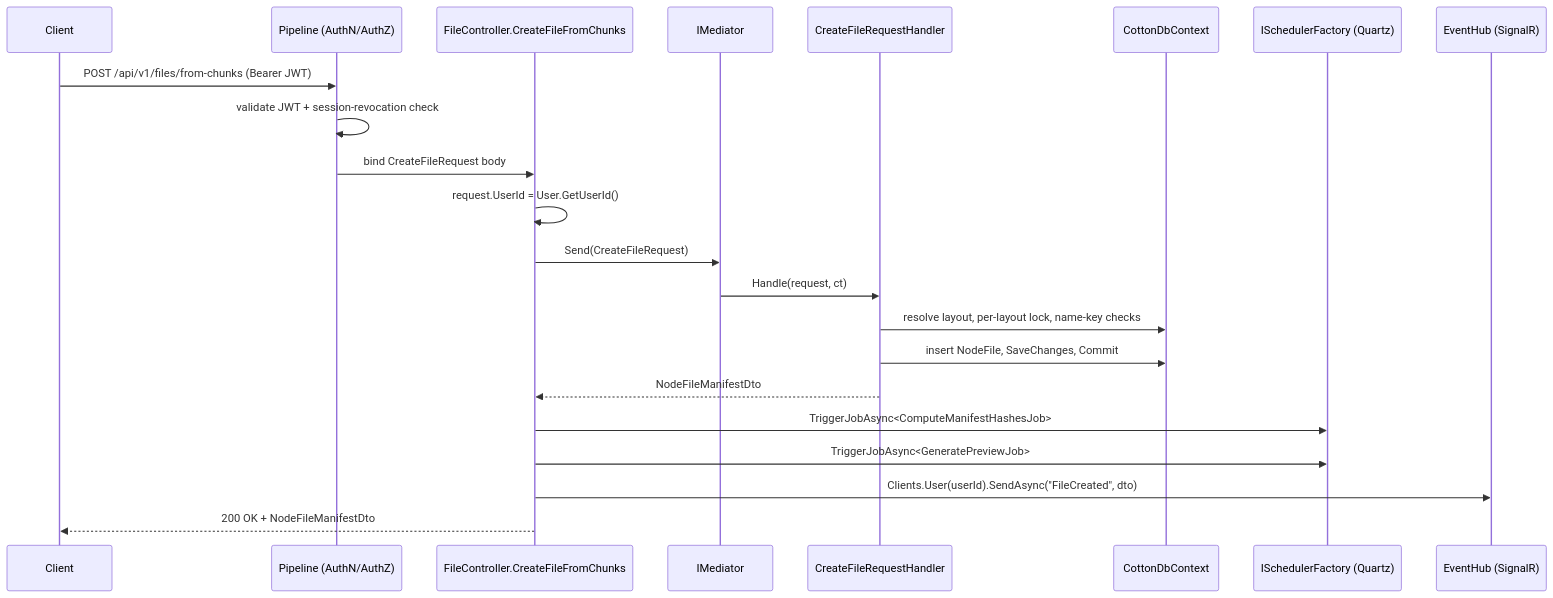
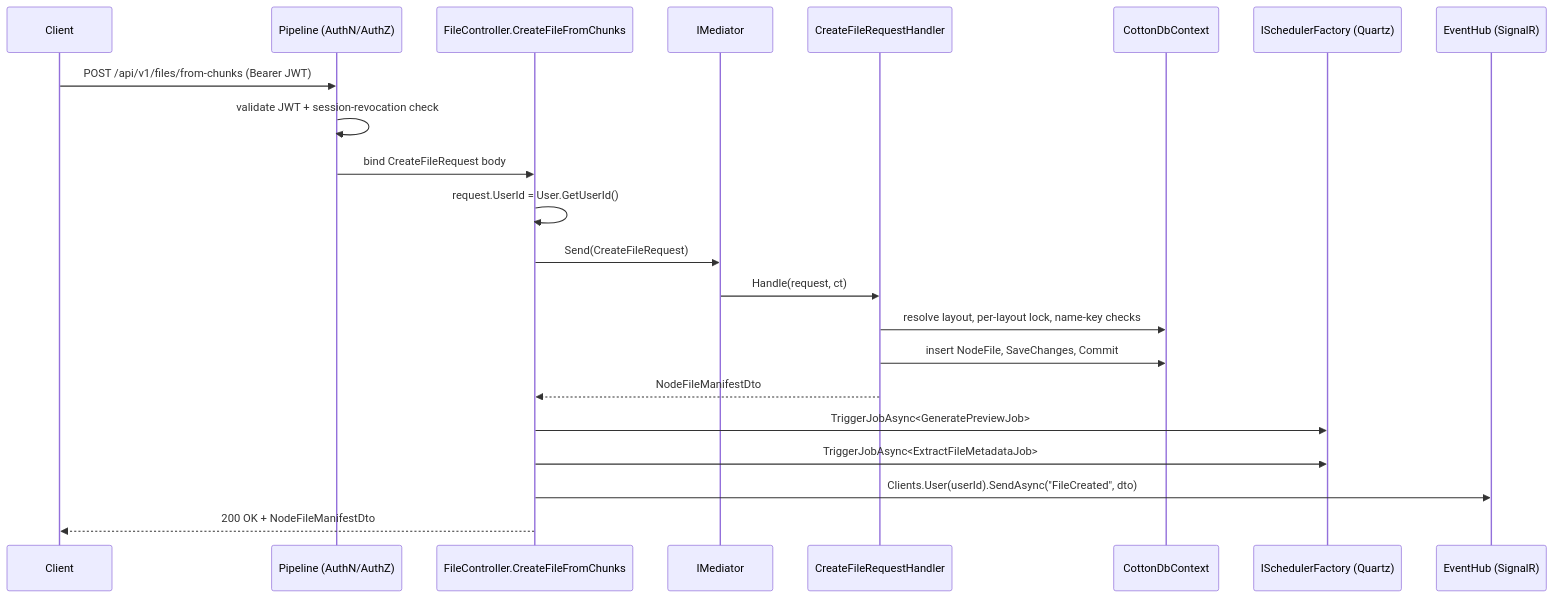
One commit to bvdcode/cotton changed the second of 2 diagrams in docs/technical/12-http-api-mediator.md. Above: the diagram before and after it, drawn with Mermaid. The commit also changed other lines of this file and 9 other files, not shown here.

````diff
--- a/docs/technical/12-http-api-mediator.md
+++ b/docs/technical/12-http-api-mediator.md
@@ -70,25 +70,25 @@
 ```mermaid
 sequenceDiagram
     participant C as Client
     participant MW as Pipeline (AuthN/AuthZ)
     participant FC as FileController.CreateFileFromChunks
     participant M as IMediator
     participant H as CreateFileRequestHandler
     participant DB as CottonDbContext
     participant SCH as ISchedulerFactory (Quartz)
     participant HUB as EventHub (SignalR)
 
     C->>MW: POST /api/v1/files/from-chunks (Bearer JWT)
     MW->>MW: validate JWT + session-revocation check
     MW->>FC: bind CreateFileRequest body
     FC->>FC: request.UserId = User.GetUserId()
     FC->>M: Send(CreateFileRequest)
     M->>H: Handle(request, ct)
     H->>DB: resolve layout, per-layout lock, name-key checks
     H->>DB: insert NodeFile, SaveChanges, Commit
     H-->>FC: NodeFileManifestDto
-    FC->>SCH: TriggerJobAsync<ComputeManifestHashesJob>
     FC->>SCH: TriggerJobAsync<GeneratePreviewJob>
+    FC->>SCH: TriggerJobAsync<ExtractFileMetadataJob>
     FC->>HUB: Clients.User(userId).SendAsync("FileCreated", dto)
     FC-->>C: 200 OK + NodeFileManifestDto
 ```
````
